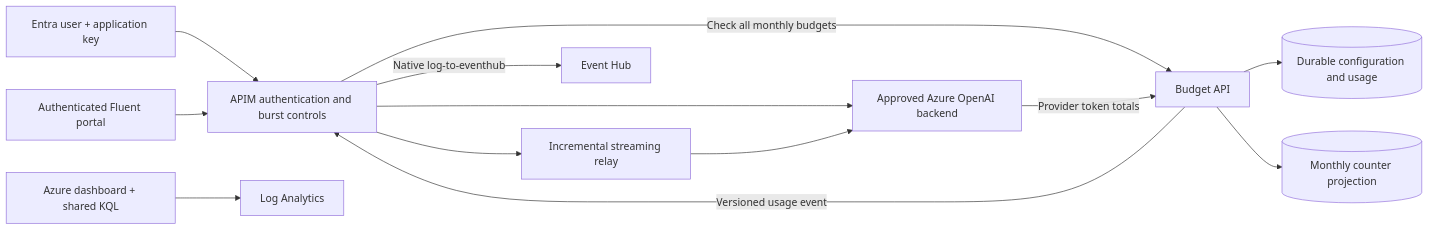
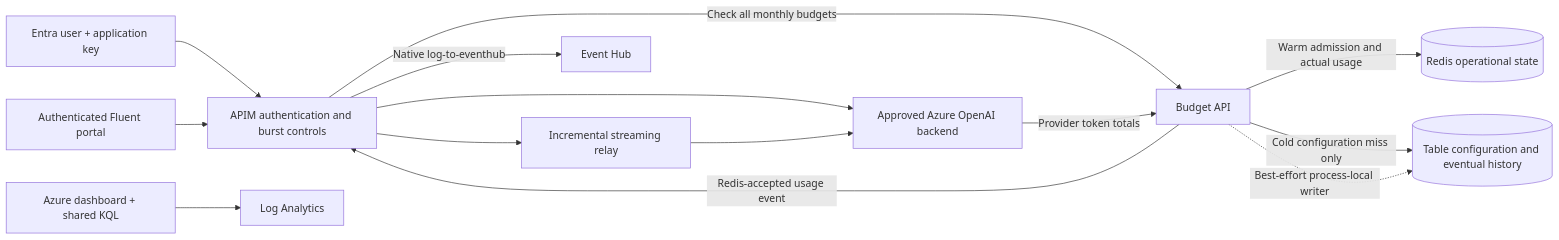
Before and after one commit to jordanbean-msft/apim-rate-limit-foundry: the diagram in README.md, drawn with Mermaid. The commit also changed other lines of this file and 19 other files, not shown here.

````diff
--- a/README.md
+++ b/README.md
@@ -26,15 +29,16 @@
 ```mermaid
 flowchart LR
     U[Entra user + application key] --> A[APIM authentication and burst controls]
     A -->|Check all monthly budgets| F[Budget API]
-    F --> T[(Durable configuration and usage)]
-    F --> R[(Monthly counter projection)]
+    F -->|Warm admission and actual usage| R[(Redis operational state)]
+    F -->|Cold configuration miss only| T[(Table configuration and eventual history)]
+    F -.->|Best-effort process-local writer| T
     A --> O[Approved Azure OpenAI backend]
     A --> S[Incremental streaming relay]
     S --> O
     O -->|Provider token totals| F
-    F -->|Versioned usage event| A
+    F -->|Redis-accepted usage event| A
     A -->|Native log-to-eventhub| E[Event Hub]
     P[Authenticated Fluent portal] --> A
     D[Azure dashboard + shared KQL] --> L[Log Analytics]
 ```
````
